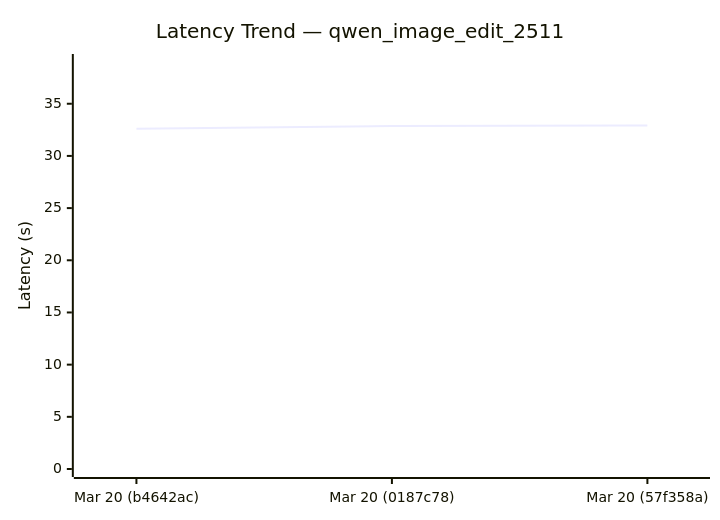
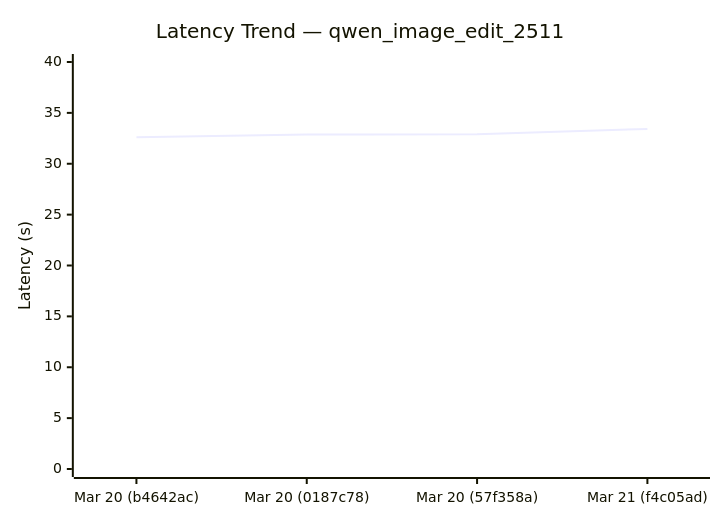
One commit to sglang-bot/sglang-ci-data changed the fourth of 8 diagrams in diffusion-comparisons/dashboard.md. Above: the diagram before and after it, drawn with Mermaid. The commit also changed other lines of this file and 1 other file, not shown here.

````diff
--- a/diffusion-comparisons/dashboard.md
+++ b/diffusion-comparisons/dashboard.md
@@ -69,7 +70,7 @@
 ```mermaid
 xychart-beta
   title "Latency Trend — qwen_image_edit_2511"
-  x-axis ["Mar 20 (b4642ac)", "Mar 20 (0187c78)", "Mar 20 (57f358a)"]
-  y-axis "Latency (s)" 0 --> 39
-  line [32.61, 32.87, 32.91]
+  x-axis ["Mar 20 (b4642ac)", "Mar 20 (0187c78)", "Mar 20 (57f358a)", "Mar 21 (f4c05ad)"]
+  y-axis "Latency (s)" 0 --> 40
+  line [32.61, 32.87, 32.91, 33.42]
 ```
````
